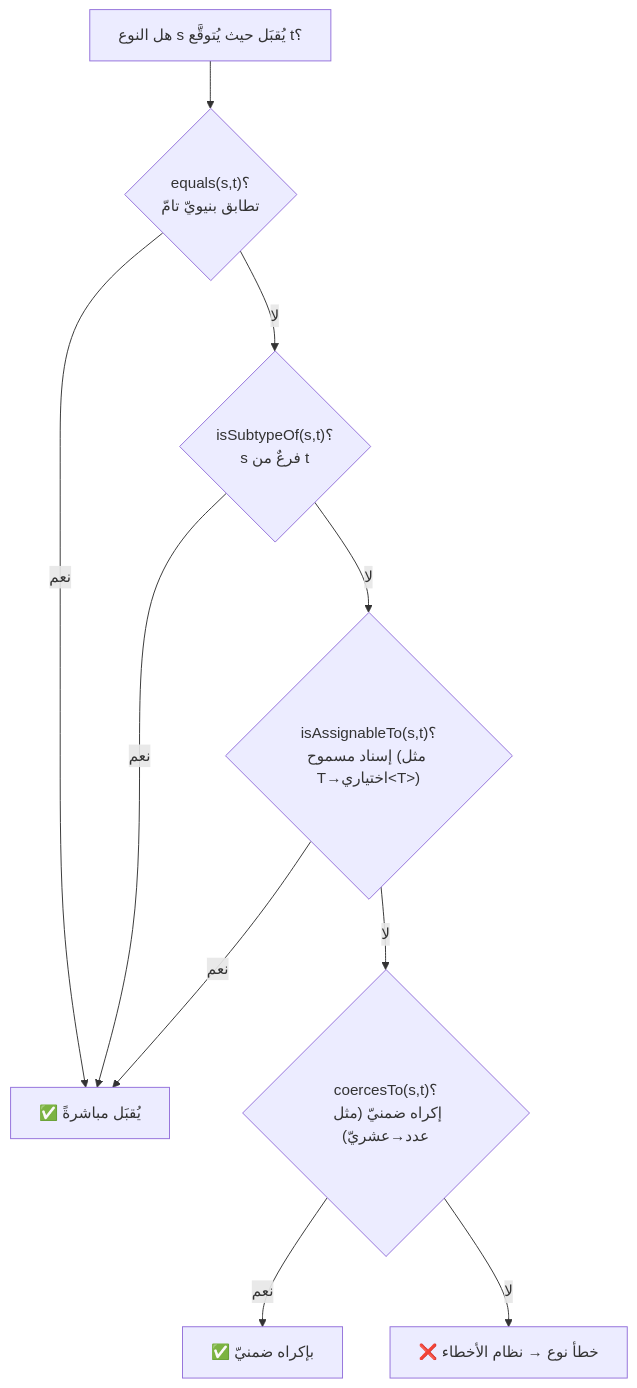
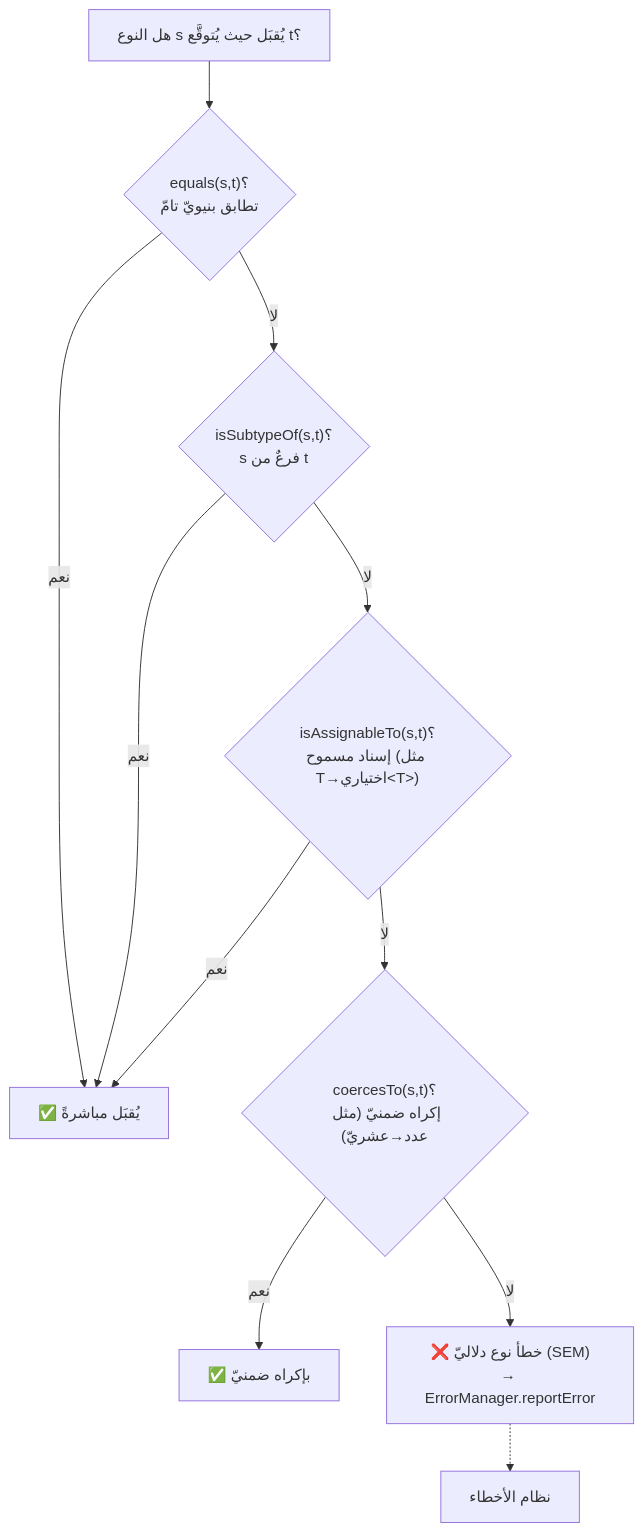
Before and after one commit to sadlang/dev-guide: the third of 6 diagrams in src/systems/types.md, drawn with Mermaid. The commit also changed other lines of this file, not shown here.

First line of the commit message:
docs(systems): توحيد فصل نظام الأنواع + رسوم غنية وعلاقته بنظام الأخطاء

````diff
--- a/src/systems/types.md
+++ b/src/systems/types.md
@@ -101,12 +111,14 @@
 ```mermaid
 flowchart TD
   Q["هل النوع s يُقبَل حيث يُتوقَّع t؟"] --> EQ{"equals(s,t)؟<br/>تطابق بنيويّ تامّ"}
   EQ -- نعم --> OK["✅ يُقبَل مباشرةً"]
   EQ -- لا --> SUB{"isSubtypeOf(s,t)؟<br/>s فرعٌ من t"}
   SUB -- نعم --> OK
   SUB -- لا --> ASG{"isAssignableTo(s,t)؟<br/>إسناد مسموح (مثل T→اختياري&lt;T&gt;)"}
   ASG -- نعم --> OK
   ASG -- لا --> CO{"coercesTo(s,t)؟<br/>إكراه ضمنيّ (مثل عدد→عشريّ)"}
   CO -- نعم --> WARN["✅ بإكراه ضمنيّ"]
-  CO -- لا --> ERR["❌ خطأ نوع → نظام الأخطاء"]
+  CO -- لا --> ERR["❌ خطأ نوع دلاليّ (SEM)<br/>→ ErrorManager.reportError"]
+  ERR -.-> ERRSYS["نظام الأخطاء"]
+  click ERRSYS "errors.html" "اذهب إلى نظام الأخطاء"
 ```
````
